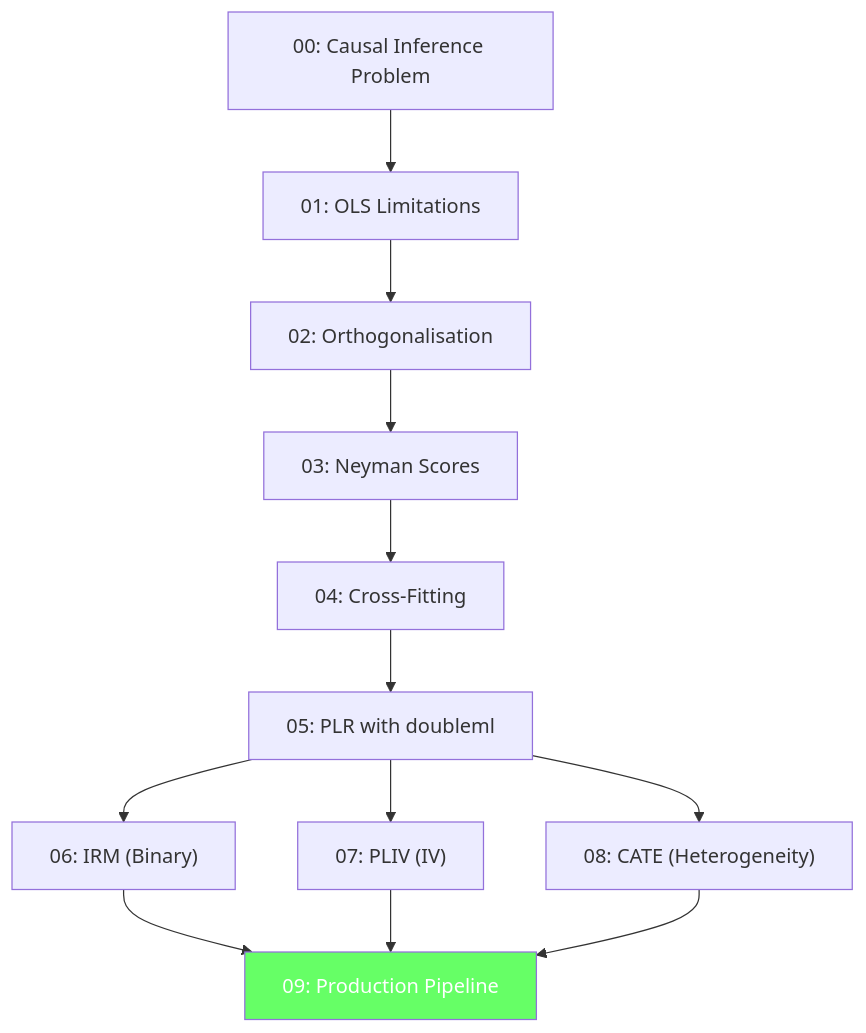
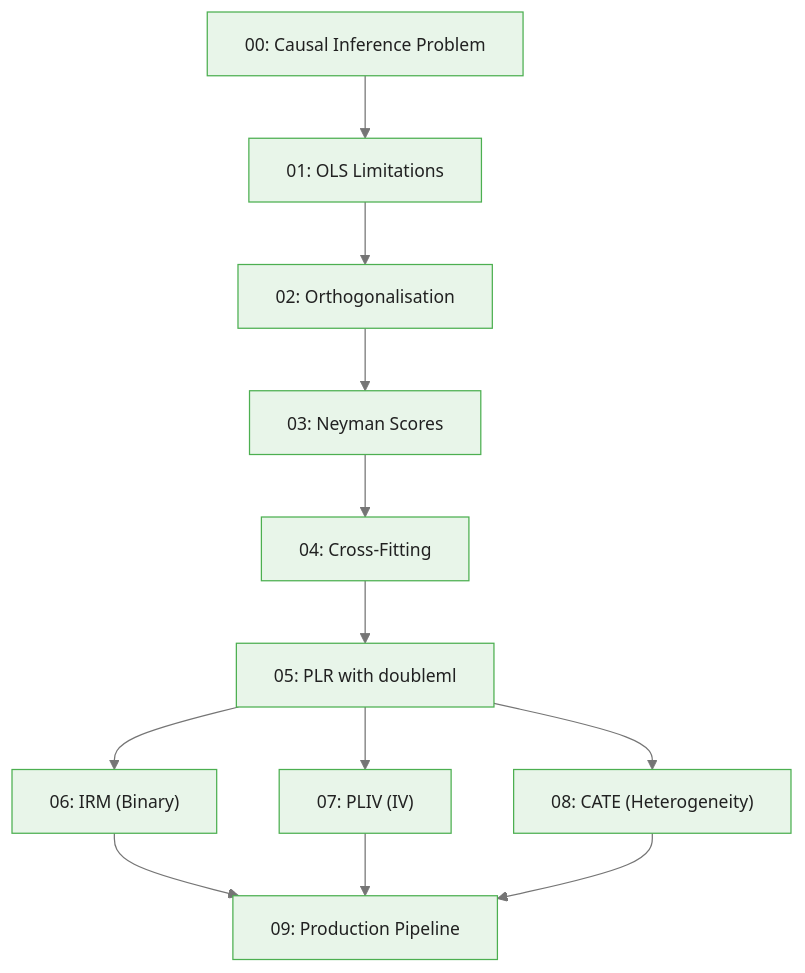
The second of 2 diagrams in courses/double-machine-learning/modules/module_09_production_pipeline/guides/01_production_pipeline_slides.md (m-deane/course-creator), drawn with Mermaid before and after one commit. The commit also changed other lines of this file and 40 other files, not shown here.

````diff
--- a/courses/double-machine-learning/modules/module_09_production_pipeline/guides/01_production_pipeline_slides.md
+++ b/courses/double-machine-learning/modules/module_09_production_pipeline/guides/01_production_pipeline_slides.md
@@ -203,15 +218,15 @@
 ```mermaid
+%%{init: {"theme": "base", "themeVariables": {"primaryColor": "#e8f5e9", "primaryBorderColor": "#4caf50", "primaryTextColor": "#212121", "secondaryColor": "#e3f2fd", "tertiaryColor": "#fff8e1", "lineColor": "#757575", "fontFamily": "Inter, sans-serif", "fontSize": "14px"}}}%%
 flowchart TD
     M0["00: Causal Inference Problem"] --> M1["01: OLS Limitations"]
     M1 --> M2["02: Orthogonalisation"]
     M2 --> M3["03: Neyman Scores"]
     M3 --> M4["04: Cross-Fitting"]
     M4 --> M5["05: PLR with doubleml"]
     M5 --> M6["06: IRM (Binary)"]
     M5 --> M7["07: PLIV (IV)"]
     M5 --> M8["08: CATE (Heterogeneity)"]
     M6 --> M9["09: Production Pipeline"]
     M7 --> M9
     M8 --> M9
-    style M9 fill:#6f6,color:#fff
 ```
````
